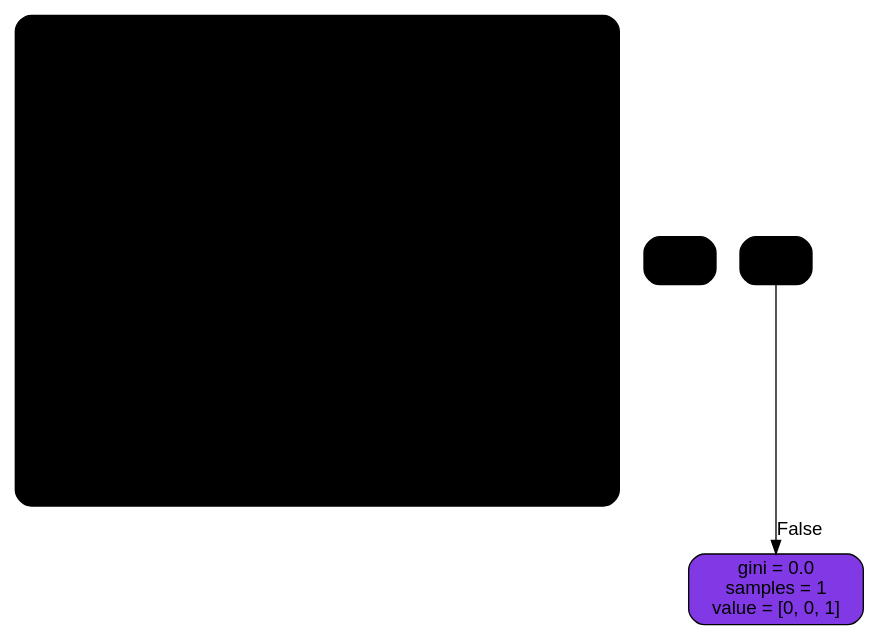
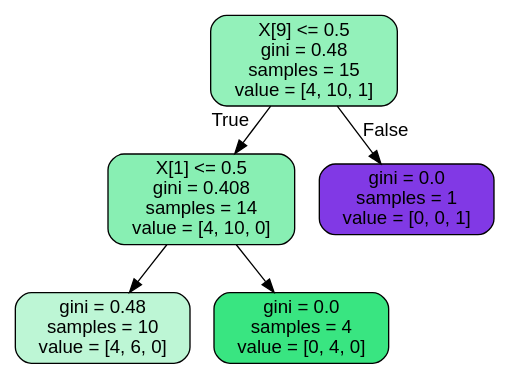
Before and after one commit to CompPhysics/MachineLearning: the diagram in doc/pub/week44/ipynb/Datafiles/ride.dot, drawn with Graphviz. The commit also changed 4 other files, not shown here.

```diff
--- a/doc/pub/week44/ipynb/Datafiles/ride.dot
+++ b/doc/pub/week44/ipynb/Datafiles/ride.dot
@@ -1,17 +1,13 @@
 digraph Tree {
 node [shape=box, style="filled, rounded", color="black", fontname=helvetica] ;
 edge [fontname=helvetica] ;
-<<<<<<< HEAD
-0 [label="X[0] <= 0.5\ngini = 0.48\nsamples = 15\nvalue = [4, 10, 1]", fillcolor="#93f1ba"] ;
-=======
 0 [label="X[9] <= 0.5\ngini = 0.48\nsamples = 15\nvalue = [4, 10, 1]", fillcolor="#93f1ba"] ;
->>>>>>> origin/master
 1 [label="X[1] <= 0.5\ngini = 0.408\nsamples = 14\nvalue = [4, 10, 0]", fillcolor="#88efb3"] ;
 0 -> 1 [labeldistance=2.5, labelangle=45, headlabel="True"] ;
 2 [label="gini = 0.48\nsamples = 10\nvalue = [4, 6, 0]", fillcolor="#bdf6d5"] ;
 1 -> 2 ;
 3 [label="gini = 0.0\nsamples = 4\nvalue = [0, 4, 0]", fillcolor="#39e581"] ;
 1 -> 3 ;
 4 [label="gini = 0.0\nsamples = 1\nvalue = [0, 0, 1]", fillcolor="#8139e5"] ;
 0 -> 4 [labeldistance=2.5, labelangle=-45, headlabel="False"] ;
 }
```
